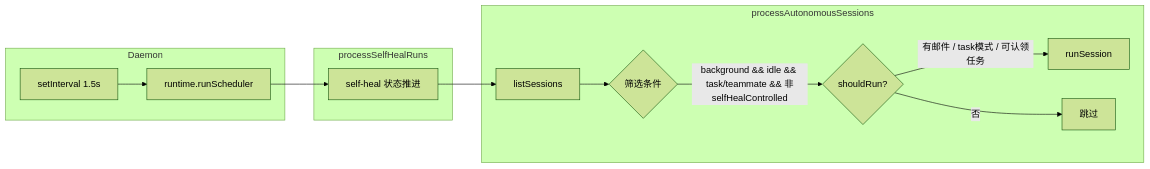
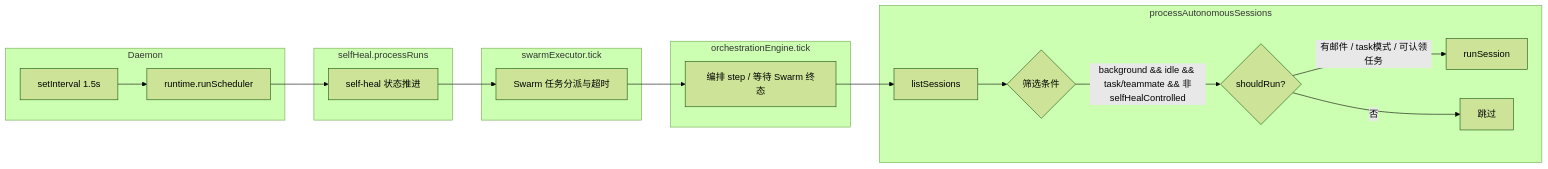
The second of 8 diagrams in doc/ARCHITECTURE.md (magele758/ppeng-agent-core), drawn with Mermaid (forest theme) before and after one commit. The commit also changed other lines of this file and 63 other files, not shown here.

First line of the commit message:
feat: wire orchestration, swarm, research, and memory into scheduler

````diff
--- a/doc/ARCHITECTURE.md
+++ b/doc/ARCHITECTURE.md
@@ -196,18 +196,26 @@
 ```mermaid
 flowchart LR
     subgraph daemon [Daemon]
         A[setInterval 1.5s] --> B[runtime.runScheduler]
     end
 
-    subgraph selfheal [processSelfHealRuns]
+    subgraph selfheal [selfHeal.processRuns]
         B --> SH[self-heal 状态推进]
     end
 
+    subgraph swarmTick [swarmExecutor.tick]
+        SH --> SW[Swarm 任务分派与超时]
+    end
+
+    subgraph orchTick [orchestrationEngine.tick]
+        SW --> OR[编排 step / 等待 Swarm 终态]
+    end
+
     subgraph scheduler [processAutonomousSessions]
-        SH --> C[listSessions]
+        OR --> C[listSessions]
         C --> D{筛选条件}
         D -->|background && idle && task/teammate && 非selfHealControlled| E{shouldRun?}
         E -->|有邮件 / task模式 / 可认领任务| F[runSession]
         E -->|否| G[跳过]
     end
 ```
````
